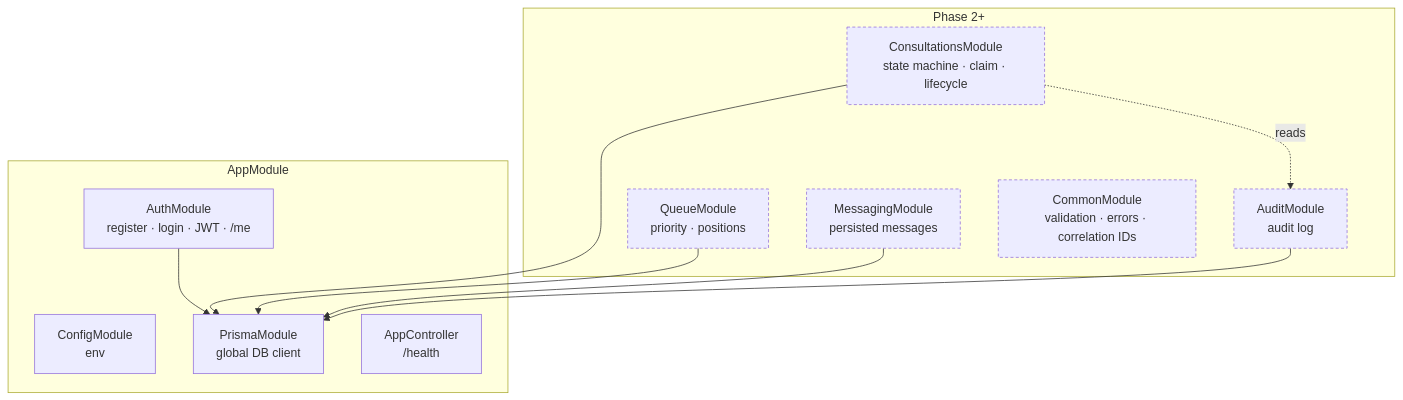
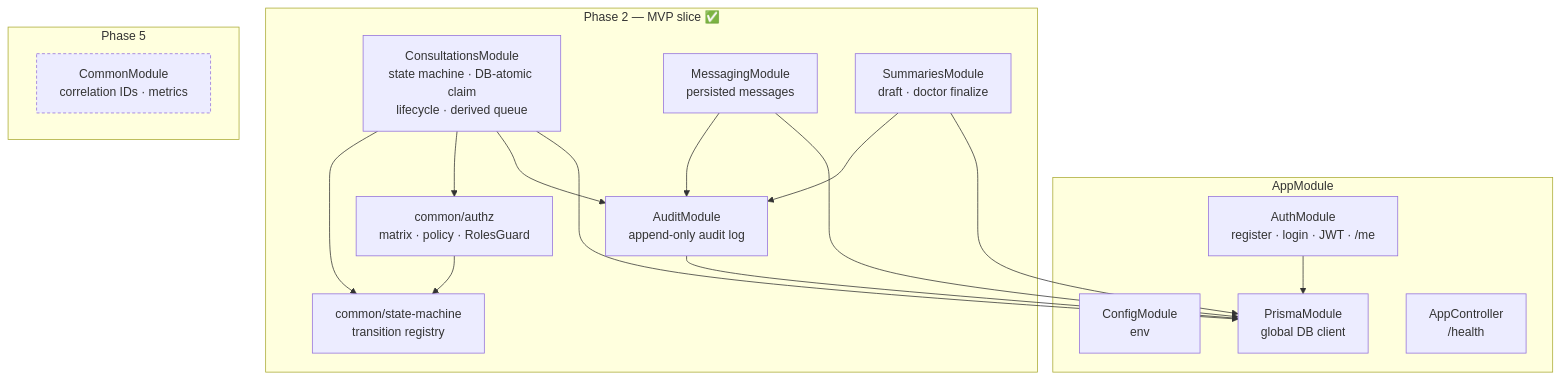
The second of 8 diagrams in docs/architecture.md (akritiupreti/virtual-consultation-platform), drawn with Mermaid before and after one commit. The commit also changed other lines of this file and 58 other files, not shown here.

First line of the commit message:
feat: phase 2 MVP vertical slice — end-to-end consultation workflow

````diff
--- a/docs/architecture.md
+++ b/docs/architecture.md
@@ -61,27 +62,37 @@
 ```mermaid
 flowchart TB
     subgraph app [AppModule]
         config[ConfigModule<br/>env]
         prisma[PrismaModule<br/>global DB client]
         auth[AuthModule<br/>register · login · JWT · /me]
         health[AppController<br/>/health]
     end
 
-    subgraph phase2 [Phase 2+]
-        consult[ConsultationsModule<br/>state machine · claim · lifecycle]
-        queue[QueueModule<br/>priority · positions]
+    subgraph phase2 [Phase 2 — MVP slice ✅]
+        consult[ConsultationsModule<br/>state machine · DB-atomic claim<br/>lifecycle · derived queue]
         messaging[MessagingModule<br/>persisted messages]
-        audit[AuditModule<br/>audit log]
-        common[CommonModule<br/>validation · errors · correlation IDs]
+        summaries[SummariesModule<br/>draft · doctor finalize]
+        audit[AuditModule<br/>append-only audit log]
+        authz[common/authz<br/>matrix · policy · RolesGuard]
+        sm[common/state-machine<br/>transition registry]
+    end
+
+    subgraph phase5 [Phase 5]
+        common[CommonModule<br/>correlation IDs · metrics]
     end
 
     auth --> prisma
     consult --> prisma
-    queue --> prisma
     messaging --> prisma
+    summaries --> prisma
     audit --> prisma
-    consult -.reads.-> audit
+    consult --> audit
+    messaging --> audit
+    summaries --> audit
+    consult --> authz
+    consult --> sm
+    authz --> sm
 
     classDef later stroke-dasharray: 4 3;
-    class consult,queue,messaging,audit,common later
+    class common later
 ```
````
